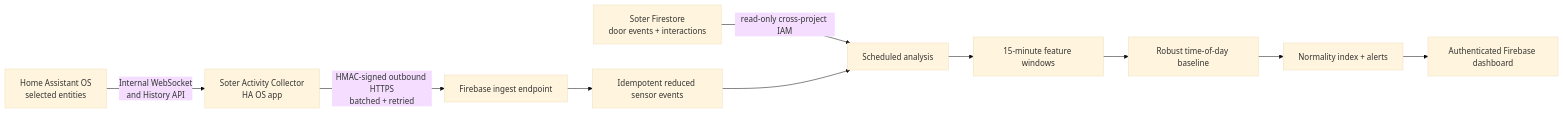
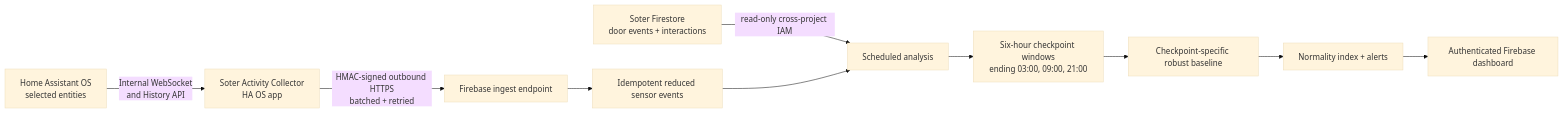
Before and after one commit to frstep-im/HA_Sensors: the diagram in README.md, drawn with Mermaid (base theme). The commit also changed other lines of this file and 13 other files, not shown here.

Commit message:
Add checkpoint normality and event history cards

````diff
--- a/README.md
+++ b/README.md
@@ -9,10 +9,10 @@
 ```mermaid
 flowchart LR
   HA["Home Assistant OS\nselected entities"] -->|"Internal WebSocket\nand History API"| APP["Soter Activity Collector\nHA OS app"]
   APP -->|"HMAC-signed outbound HTTPS\nbatched + retried"| API["Firebase ingest endpoint"]
   API --> E["Idempotent reduced sensor events"]
   S["Soter Firestore\ndoor events + interactions"] -->|"read-only cross-project IAM"| CF["Scheduled analysis"]
   E --> CF
-  CF --> W["15-minute feature windows"] --> B["Robust time-of-day baseline"] --> A["Normality index + alerts"]
+  CF --> W["Six-hour checkpoint windows\nending 03:00, 09:00, 21:00"] --> B["Checkpoint-specific robust baseline"] --> A["Normality index + alerts"]
   A --> WEB["Authenticated Firebase dashboard"]
 ```
````
